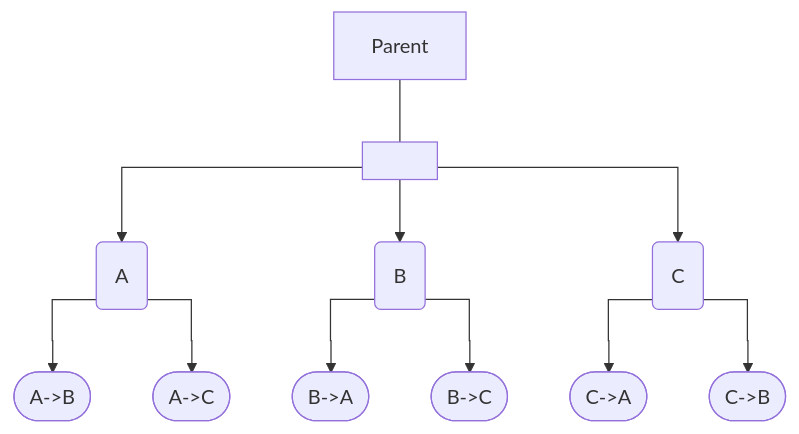
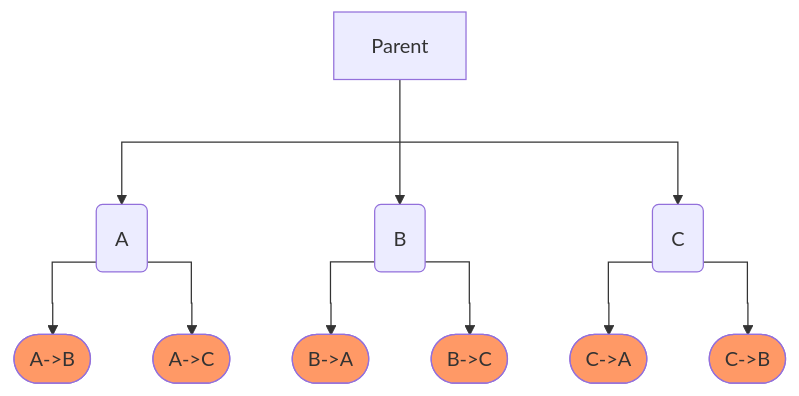
Before and after one commit to JulesKouatchou/sample_flowcharts: the third of 3 diagrams in README.md, drawn with Mermaid. The commit also changed other lines of this file, not shown here.

````diff
--- a/README.md
+++ b/README.md
@@ -46,32 +46,32 @@
 ```mermaid
 %%{ init: {'flowchart': { 'curve': 'stepAfter' } } }%%
 
 flowchart TB
     %% This is a test
     P[Parent]:::c1
     O[ ]:::empty
     A(A):::c1
     B(B):::c1
     C(C):::c1
     AB([A->B]):::c2
     AC(["A->C"]):::c2
     BA(["B->A"]):::c2
     BC(["B->C"]):::c2
     CA(["C->A"]):::c2 
     CB(["C->B"]):::c2
     
     %% classDef c1 width:60px,fill:#f16,font-size:15px,font-weight:bold
-    %% classDef c2 fill:#f96
-    %% classDef empty width:0px,height:0px
+    classDef c2 fill:#f96
+    classDef empty width:0px,height:0px
 
     P --- O
     O --> A
     O --> B 
     O --> C
     A --> AB
     A --> AC
     B --> BA
     B --> BC
     C --> CA
     C --> CB
 ```
````
